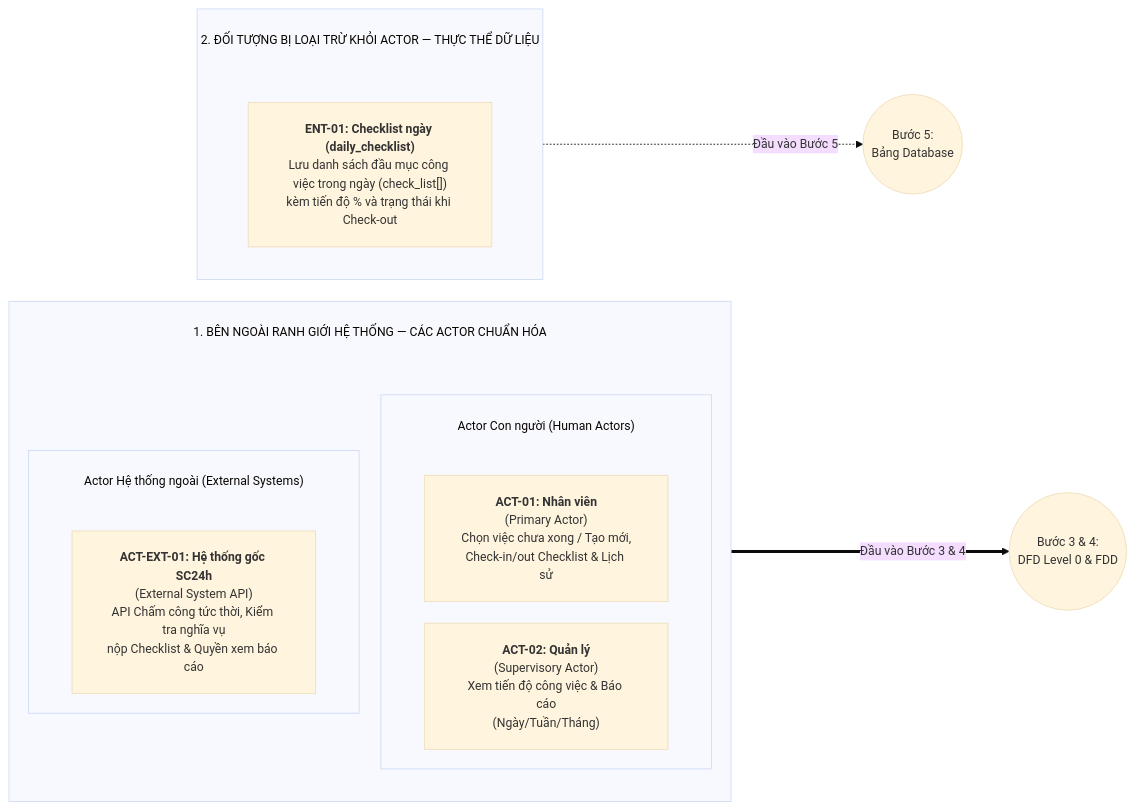
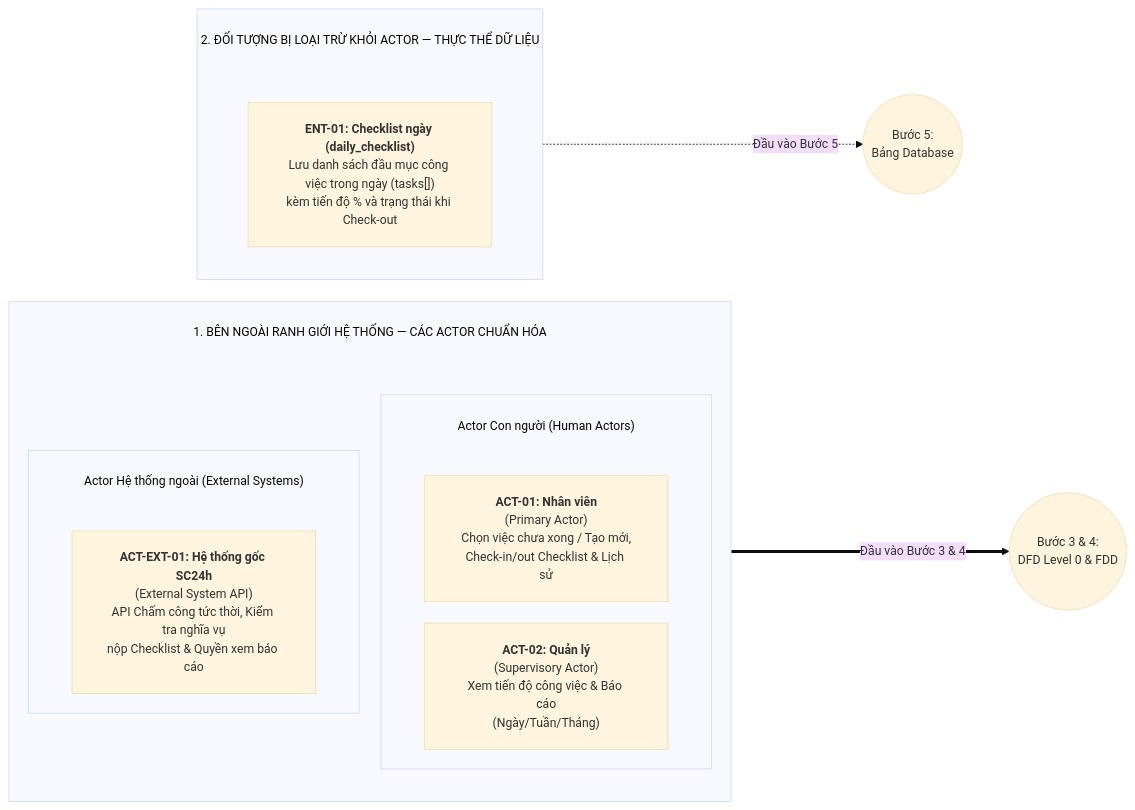
Before and after one commit to hungnm3112/project-timekeeper: the diagram in md/analysis/2-actor-identification.md, drawn with Mermaid. The commit also changed other lines of this file and 9 other files, not shown here.

First line of the commit message:
docs(api): hoan thien dac ta api 01 07 08 va dong bo schema tasks content

````diff
--- a/md/analysis/2-actor-identification.md
+++ b/md/analysis/2-actor-identification.md
@@ -94,33 +94,33 @@
 ```mermaid
 %%{init: {
   'theme': 'base',
   'themeVariables': {
     'fontSize': '14px'
   },
   'flowchart': {
     'subGraphTitleMargin': { 'top': 25, 'bottom': 45 },
     'nodeSpacing': 25,
     'rankSpacing': 50,
     'padding': 20
   }
 }}%%
 flowchart LR
     subgraph K1["1. BÊN NGOÀI RANH GIỚI HỆ THỐNG — CÁC ACTOR CHUẨN HÓA"]
         direction TB
         subgraph HUM["Actor Con người (Human Actors)"]
             direction LR
             ACT01["<b>ACT-01: Nhân viên</b><br/>(Primary Actor)<br/>Chọn việc chưa xong / Tạo mới,<br/>Check-in/out Checklist & Lịch sử"]
             ACT02["<b>ACT-02: Quản lý</b><br/>(Supervisory Actor)<br/>Xem tiến độ công việc & Báo cáo<br/>(Ngày/Tuần/Tháng)"]
         end
         subgraph SYS_EXT["Actor Hệ thống ngoài (External Systems)"]
             EXT01["<b>ACT-EXT-01: Hệ thống gốc SC24h</b><br/>(External System API)<br/>API Chấm công tức thời, Kiểm tra nghĩa vụ<br/>nộp Checklist & Quyền xem báo cáo"]
         end
     end
 
     subgraph K3["2. ĐỐI TƯỢNG BỊ LOẠI TRỪ KHỎI ACTOR — THỰC THỂ DỮ LIỆU"]
-        ENT01["<b>ENT-01: Checklist ngày (daily_checklist)</b><br/>Lưu danh sách đầu mục công việc trong ngày (check_list[])<br/>kèm tiến độ % và trạng thái khi Check-out"]
+        ENT01["<b>ENT-01: Checklist ngày (daily_checklist)</b><br/>Lưu danh sách đầu mục công việc trong ngày (tasks[])<br/>kèm tiến độ % và trạng thái khi Check-out"]
     end
 
     K1 ===>|"Đầu vào Bước 3 & 4"| B3(("Bước 3 & 4:<br/>DFD Level 0 & FDD"))
     K3 -.->|"Đầu vào Bước 5"| B5(("Bước 5:<br/>Bảng Database"))
 ```
````
